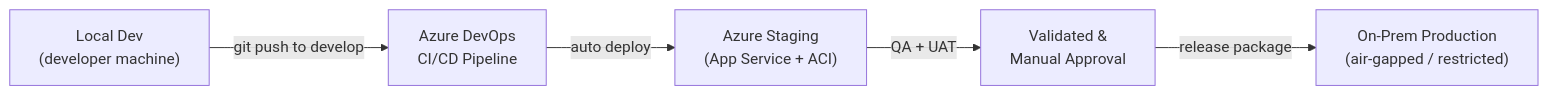
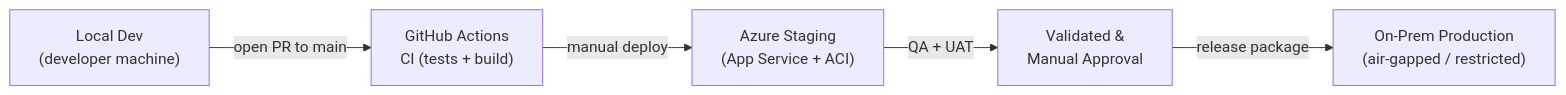
Before and after one commit to auropro-hyd/Docs-digitization: the diagram in wiki/architecture/deployment-environments.md, drawn with Mermaid. The commit also changed other lines of this file and 8 other files, not shown here.

First line of the commit message:
docs(readme+wiki): align with current state — BMR brand, GitHub Actions, segmentation (#93)

````diff
--- a/wiki/architecture/deployment-environments.md
+++ b/wiki/architecture/deployment-environments.md
@@ -21,13 +21,13 @@
 ```mermaid
 flowchart LR
     localDev["Local Dev<br/>(developer machine)"]
-    cicd["Azure DevOps<br/>CI/CD Pipeline"]
+    cicd["GitHub Actions<br/>CI (tests + build)"]
     staging["Azure Staging<br/>(App Service + ACI)"]
     validation["Validated &<br/>Manual Approval"]
     onPrem["On-Prem Production<br/>(air-gapped / restricted)"]
 
-    localDev -->|"git push to develop"| cicd
-    cicd -->|"auto deploy"| staging
+    localDev -->|"open PR to main"| cicd
+    cicd -->|"manual deploy"| staging
     staging -->|"QA + UAT"| validation
     validation -->|"release package"| onPrem
 ```
````
